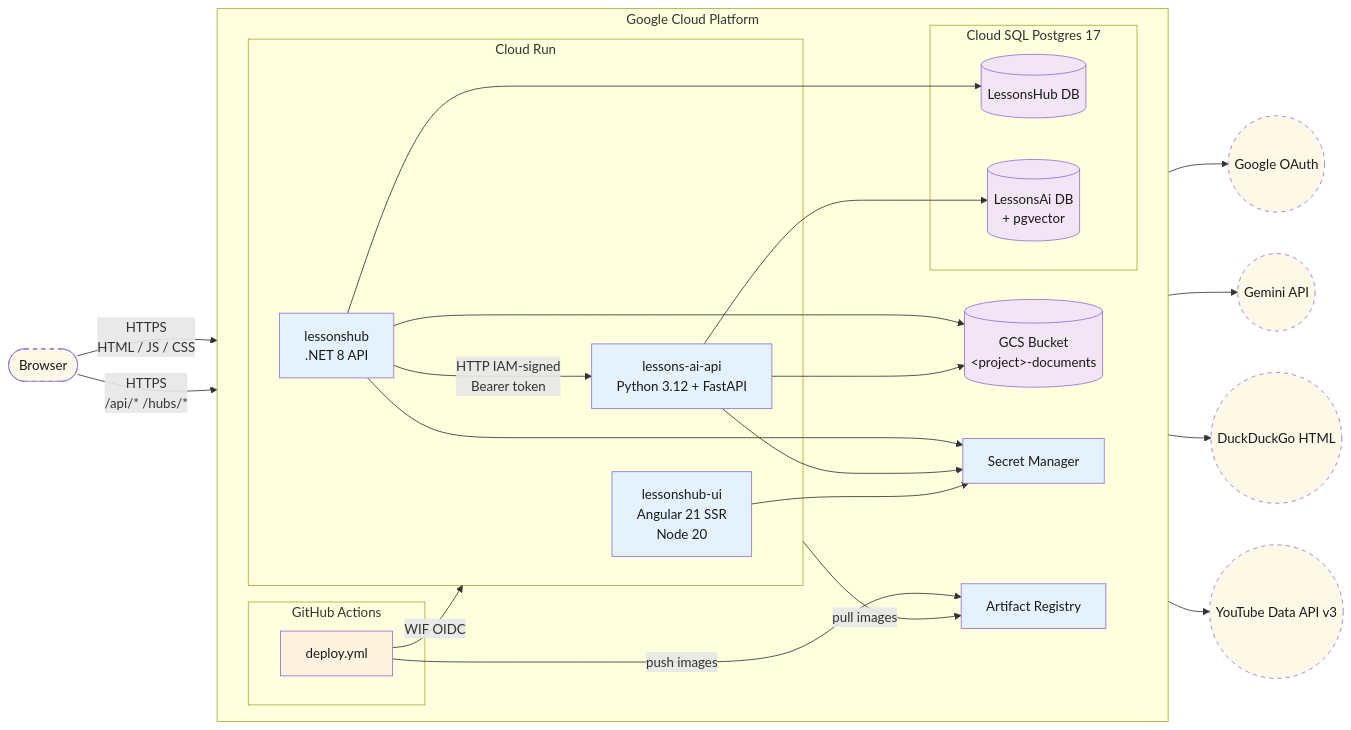
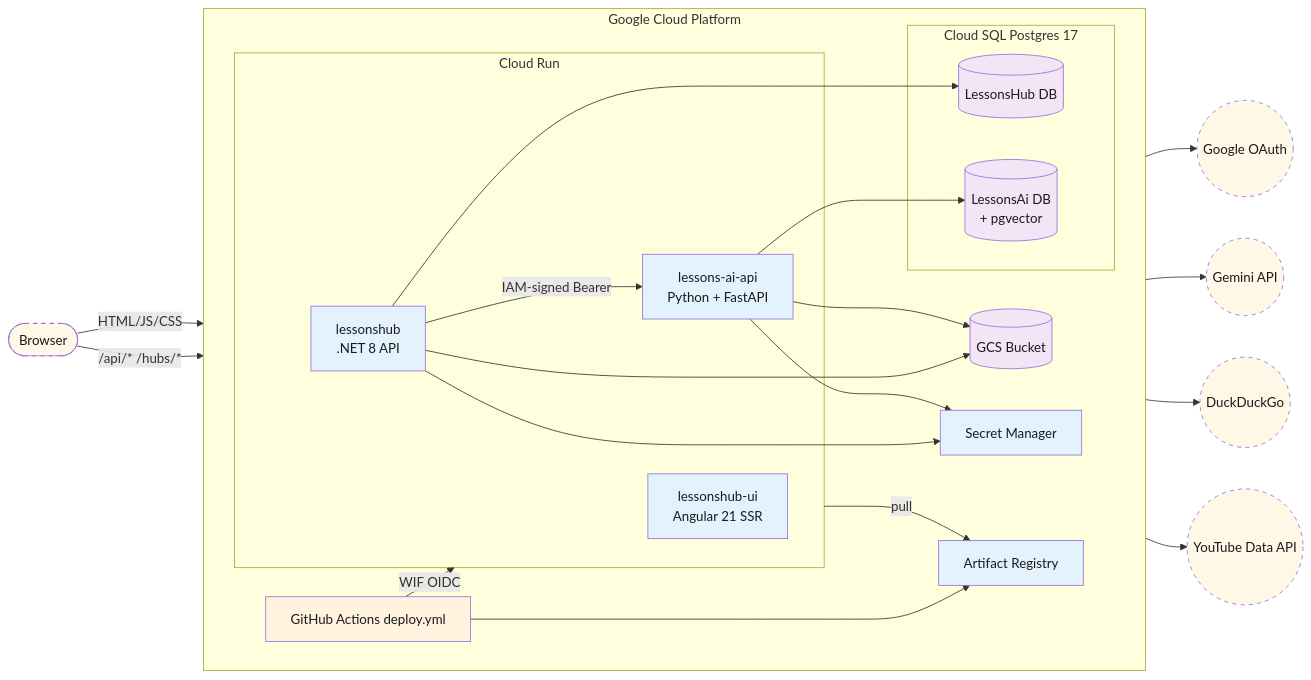
One commit to Dockdep/LessonHub changed the first of 2 diagrams in diagrams/01-cloud-architecture.md. Above: the diagram before and after it, drawn with Mermaid. The commit also changed other lines of this file and 36 other files, not shown here.

````diff
--- a/diagrams/01-cloud-architecture.md
+++ b/diagrams/01-cloud-architecture.md
@@ -9,55 +9,50 @@
 ```mermaid
 flowchart LR
   classDef external stroke-dasharray: 5 5,fill:#fff8e7,color:#1a1a1a
   classDef internal fill:#e3f2fd,color:#1a1a1a
   classDef data fill:#f3e5f5,color:#1a1a1a
   classDef cicd fill:#fff3e0,color:#1a1a1a
 
   user([Browser]):::external
   google((Google OAuth)):::external
   gemini((Gemini API)):::external
-  ddg((DuckDuckGo HTML)):::external
-  yt((YouTube Data API v3)):::external
+  ddg((DuckDuckGo)):::external
+  yt((YouTube Data API)):::external
 
   subgraph gcp[Google Cloud Platform]
     direction LR
 
     subgraph cr[Cloud Run]
-      ui[lessonshub-ui<br/>Angular 21 SSR<br/>Node 20]:::internal
+      ui[lessonshub-ui<br/>Angular 21 SSR]:::internal
       api[lessonshub<br/>.NET 8 API]:::internal
-      ai[lessons-ai-api<br/>Python 3.12 + FastAPI]:::internal
+      ai[lessons-ai-api<br/>Python + FastAPI]:::internal
     end
 
     subgraph sql[Cloud SQL Postgres 17]
       db1[(LessonsHub DB)]:::data
       db2[(LessonsAi DB<br/>+ pgvector)]:::data
     end
 
-    gcs[("GCS Bucket<br/>&lt;project&gt;-documents")]:::data
-
+    gcs[("GCS Bucket")]:::data
     sm[Secret Manager]:::internal
     ar[Artifact Registry]:::internal
-
-    subgraph ci[GitHub Actions]
-      gh[deploy.yml]:::cicd
-    end
+    gh[GitHub Actions deploy.yml]:::cicd
   end
 
-  user -- HTTPS<br/>HTML / JS / CSS --> ui
-  user -- HTTPS<br/>/api/* /hubs/* --> api
+  user -- HTML/JS/CSS --> ui
+  user -- /api/* /hubs/* --> api
   ui --> google
-  api -- HTTP IAM-signed<br/>Bearer token --> ai
+  api -- IAM-signed Bearer --> ai
   api --> db1
   api --> gcs
   ai --> db2
   ai --> gcs
   ai --> gemini
   ai --> ddg
   ai --> yt
   api --> sm
   ai --> sm
-  ui --> sm
   gh -- WIF OIDC --> cr
-  gh -- push images --> ar
-  cr -- pull images --> ar
+  gh --> ar
+  cr -- pull --> ar
 ```
````
